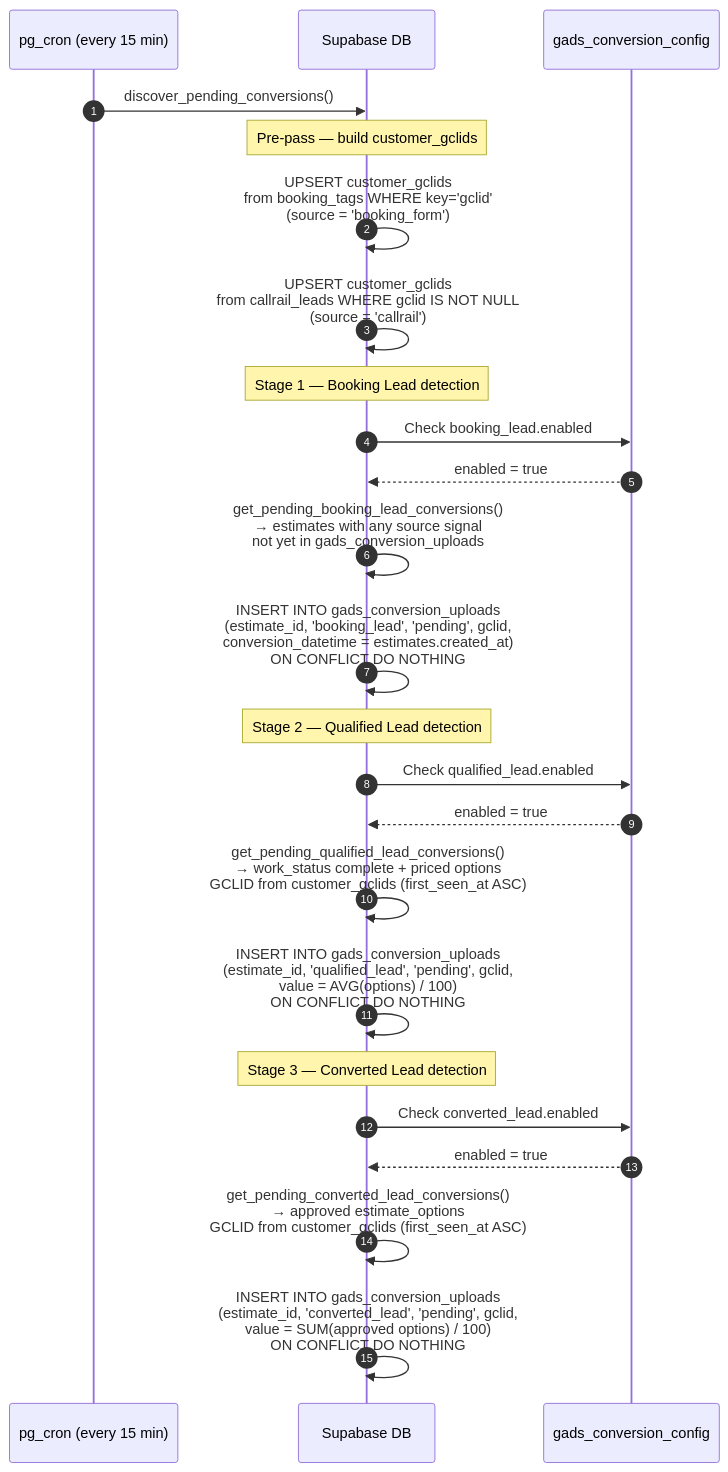
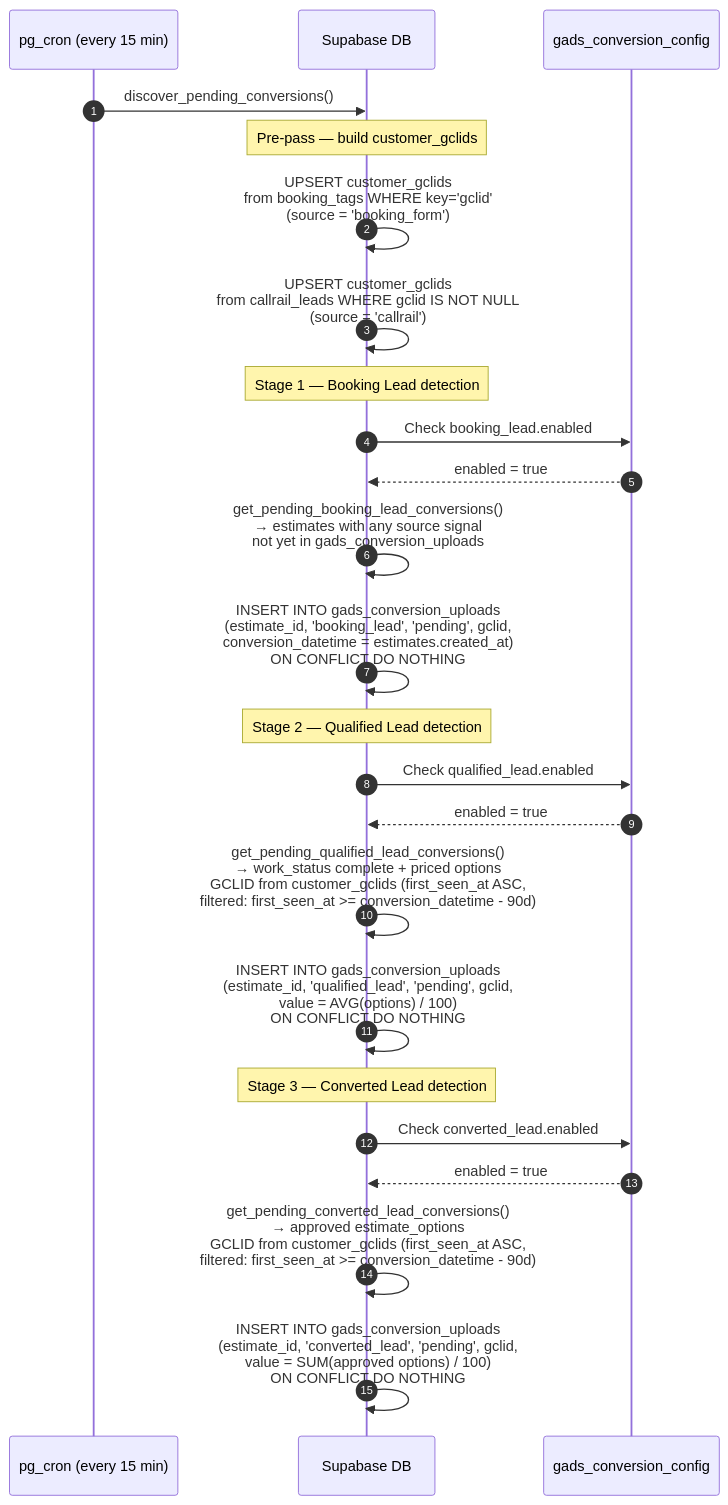
The third of 4 diagrams in specs/full-stack-architecture/spec.md (Appassion-Dev/onyx-architecture), drawn with Mermaid before and after one commit. The commit also changed other lines of this file and 2 other files, not shown here.

Commit message:
feat: update GCLID resolution logic to include a 90-day click lookback window and document changes in specs

````diff
--- a/specs/full-stack-architecture/spec.md
+++ b/specs/full-stack-architecture/spec.md
@@ -111,35 +111,35 @@
 ```mermaid
 sequenceDiagram
     autonumber
     participant CRON as pg_cron (every 15 min)
     participant DB as Supabase DB
     participant CFG as gads_conversion_config
 
     CRON->>DB: discover_pending_conversions()
 
     Note over DB: Pre-pass — build customer_gclids
 
     DB->>DB: UPSERT customer_gclids<br/>from booking_tags WHERE key='gclid'<br/>(source = 'booking_form')
     DB->>DB: UPSERT customer_gclids<br/>from callrail_leads WHERE gclid IS NOT NULL<br/>(source = 'callrail')
 
     Note over DB: Stage 1 — Booking Lead detection
 
     DB->>CFG: Check booking_lead.enabled
     CFG-->>DB: enabled = true
     DB->>DB: get_pending_booking_lead_conversions()<br/>→ estimates with any source signal<br/>not yet in gads_conversion_uploads
     DB->>DB: INSERT INTO gads_conversion_uploads<br/>(estimate_id, 'booking_lead', 'pending', gclid,<br/>conversion_datetime = estimates.created_at)<br/>ON CONFLICT DO NOTHING
 
     Note over DB: Stage 2 — Qualified Lead detection
 
     DB->>CFG: Check qualified_lead.enabled
     CFG-->>DB: enabled = true
-    DB->>DB: get_pending_qualified_lead_conversions()<br/>→ work_status complete + priced options<br/>GCLID from customer_gclids (first_seen_at ASC)
+    DB->>DB: get_pending_qualified_lead_conversions()<br/>→ work_status complete + priced options<br/>GCLID from customer_gclids (first_seen_at ASC,<br/>filtered: first_seen_at >= conversion_datetime - 90d)
     DB->>DB: INSERT INTO gads_conversion_uploads<br/>(estimate_id, 'qualified_lead', 'pending', gclid,<br/>value = AVG(options) / 100)<br/>ON CONFLICT DO NOTHING
 
     Note over DB: Stage 3 — Converted Lead detection
 
     DB->>CFG: Check converted_lead.enabled
     CFG-->>DB: enabled = true
-    DB->>DB: get_pending_converted_lead_conversions()<br/>→ approved estimate_options<br/>GCLID from customer_gclids (first_seen_at ASC)
+    DB->>DB: get_pending_converted_lead_conversions()<br/>→ approved estimate_options<br/>GCLID from customer_gclids (first_seen_at ASC,<br/>filtered: first_seen_at >= conversion_datetime - 90d)
     DB->>DB: INSERT INTO gads_conversion_uploads<br/>(estimate_id, 'converted_lead', 'pending', gclid,<br/>value = SUM(approved options) / 100)<br/>ON CONFLICT DO NOTHING
 ```
````
